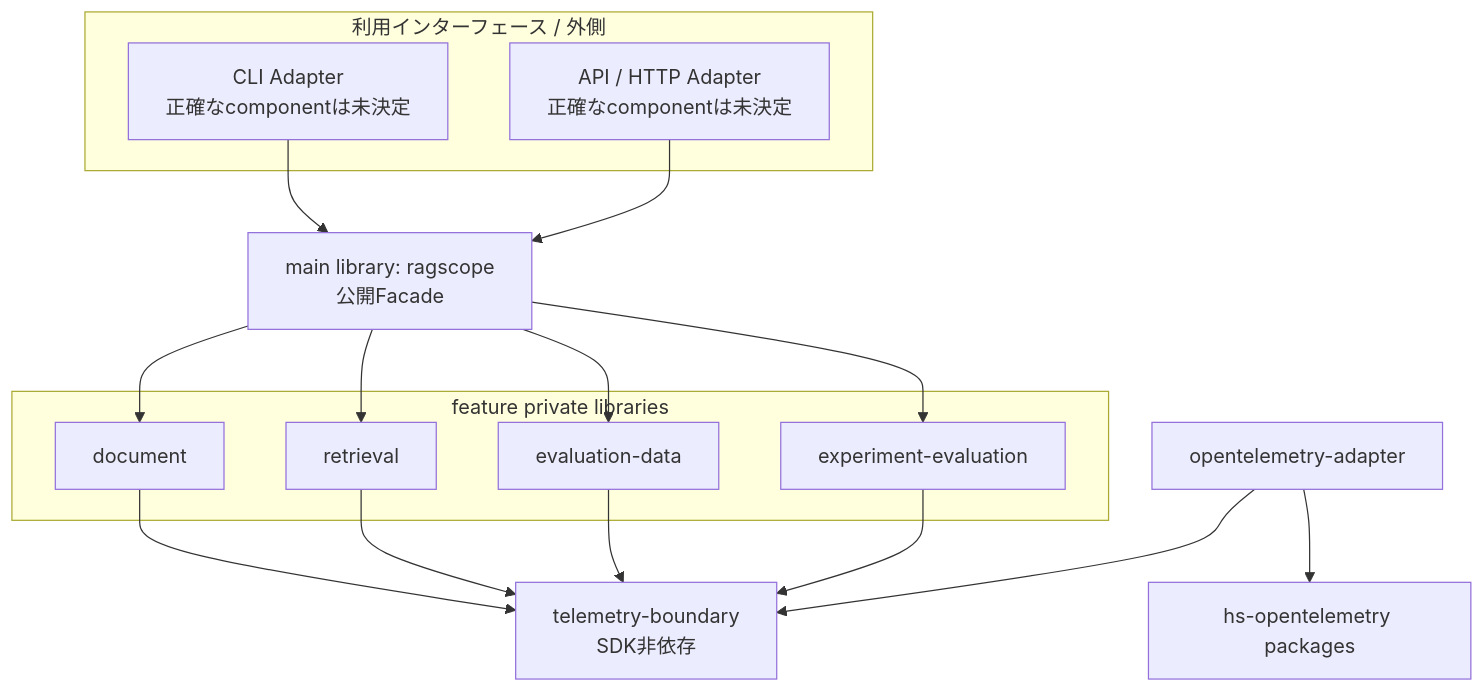
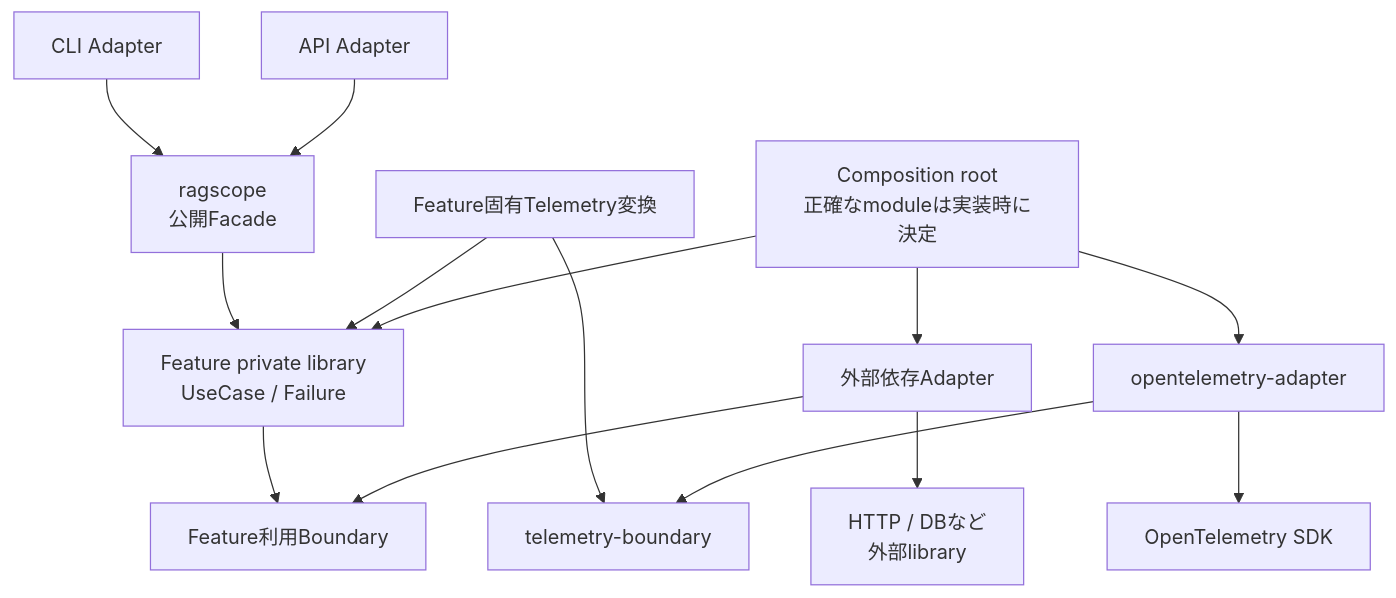
Before and after one commit to takashit16833/Workbench: the sixth of 7 diagrams in Notes/RAGScope/RAGScopeアプリケーション/RS-0024 失敗型と利用境界への変換設計メモ.md, drawn with Mermaid. The commit also changed other lines of this file, not shown here.

````diff
--- a/Notes/RAGScope/RAGScopeアプリケーション/RS-0024 失敗型と利用境界への変換設計メモ.md
+++ b/Notes/RAGScope/RAGScopeアプリケーション/RS-0024 失敗型と利用境界への変換設計メモ.md
@@ -281,36 +416,32 @@
 ```mermaid
 flowchart TB
-    subgraph INTERFACES["利用インターフェース / 外側"]
-        CLI["CLI Adapter<br/>正確なcomponentは未決定"]
-        API["API / HTTP Adapter<br/>正確なcomponentは未決定"]
-    end
+    CLI["CLI Adapter"]
+    API["API Adapter"]
+    FACADE["ragscope<br>公開Facade"]
+    FEATURE["Feature private library<br>UseCase / Failure"]
+    PORT["Feature利用Boundary"]
+    EXTADAPTER["外部依存Adapter"]
+    EXTLIB["HTTP / DBなど<br>外部library"]
+    TELMAP["Feature固有Telemetry変換"]
+    TEL["telemetry-boundary"]
+    OTEL["opentelemetry-adapter"]
+    SDK["OpenTelemetry SDK"]
+    COMPOSITION["Composition root<br>正確なmoduleは実装時に決定"]
 
-    MAIN["main library: ragscope<br/>公開Facade"]
+    CLI --> FACADE
+    API --> FACADE
+    FACADE --> FEATURE
 
-    subgraph FEATURES["feature private libraries"]
-        DOC["document"]
-        RET["retrieval"]
-        EVAL["evaluation-data"]
-        EXP["experiment-evaluation"]
-    end
+    FEATURE --> PORT
+    EXTADAPTER --> PORT
+    EXTADAPTER --> EXTLIB
 
-    TEL["telemetry-boundary<br/>SDK非依存"]
-    OTEL["opentelemetry-adapter"]
-    SDK["hs-opentelemetry packages"]
-
-    CLI --> MAIN
-    API --> MAIN
-
-    MAIN --> DOC
-    MAIN --> RET
-    MAIN --> EVAL
-    MAIN --> EXP
-
-    DOC --> TEL
-    RET --> TEL
-    EVAL --> TEL
-    EXP --> TEL
-
+    TELMAP --> FEATURE
+    TELMAP --> TEL
     OTEL --> TEL
     OTEL --> SDK
+
+    COMPOSITION --> FEATURE
+    COMPOSITION --> EXTADAPTER
+    COMPOSITION --> OTEL
 ```
````
